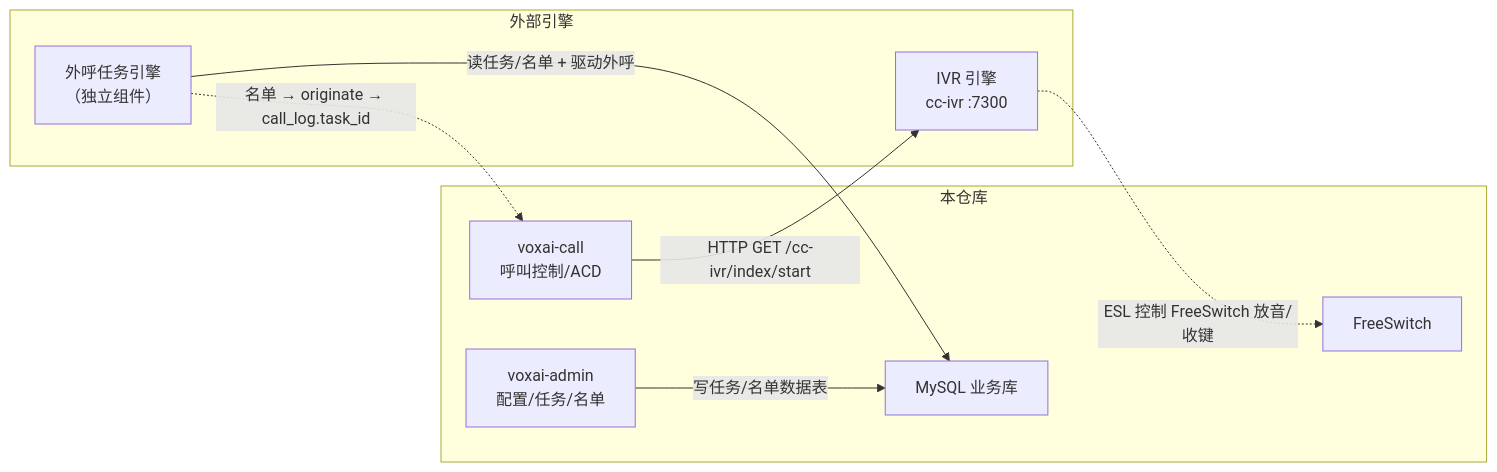
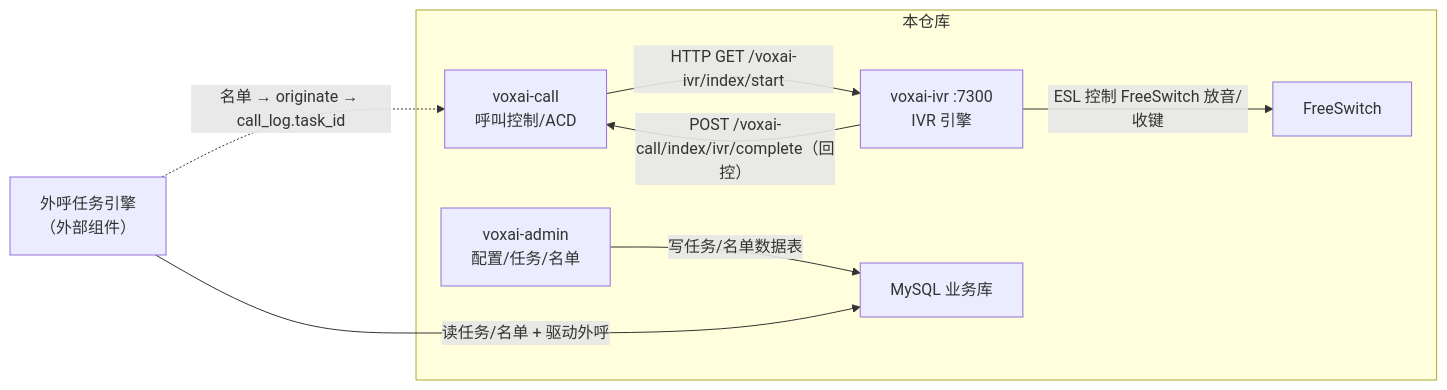
One commit to dongjb741280/ai-call-center changed the diagram in docs/04-外部引擎接口约定.md. Above: the diagram before and after it, drawn with Mermaid. The commit also changed other lines of this file and 83 other files, not shown here.

First line of the commit message:
feat(ivr): add voxai-ivr IVR engine module

````diff
--- a/docs/04-外部引擎接口约定.md
+++ b/docs/04-外部引擎接口约定.md
@@ -13,19 +13,18 @@
 ```mermaid
 flowchart LR
-    subgraph 主系统[本仓库]
+    subgraph 本仓库
         CALL["voxai-call<br/>呼叫控制/ACD"]
+        IVR["voxai-ivr :7300<br/>IVR 引擎"]
         ADMIN["voxai-admin<br/>配置/任务/名单"]
         DB["MySQL 业务库"]
         FS["FreeSwitch"]
     end
-    subgraph 外部引擎
-        IVR["IVR 引擎<br/>cc-ivr :7300"]
-        TASK["外呼任务引擎<br/>（独立组件）"]
-    end
+    TASK["外呼任务引擎<br/>（外部组件）"]
 
-    CALL -- "HTTP GET /cc-ivr/index/start" --> IVR
+    CALL -- "HTTP GET /voxai-ivr/index/start" --> IVR
+    IVR -- "ESL 控制 FreeSwitch 放音/收键" --> FS
+    IVR -- "POST /voxai-call/index/ivr/complete（回控）" --> CALL
     ADMIN -- "写任务/名单数据表" --> DB
     TASK -- "读任务/名单 + 驱动外呼" --> DB
     TASK -. "名单 → originate → call_log.task_id" .-> CALL
-    IVR -. "ESL 控制 FreeSwitch 放音/收键" .-> FS
 ```
````
